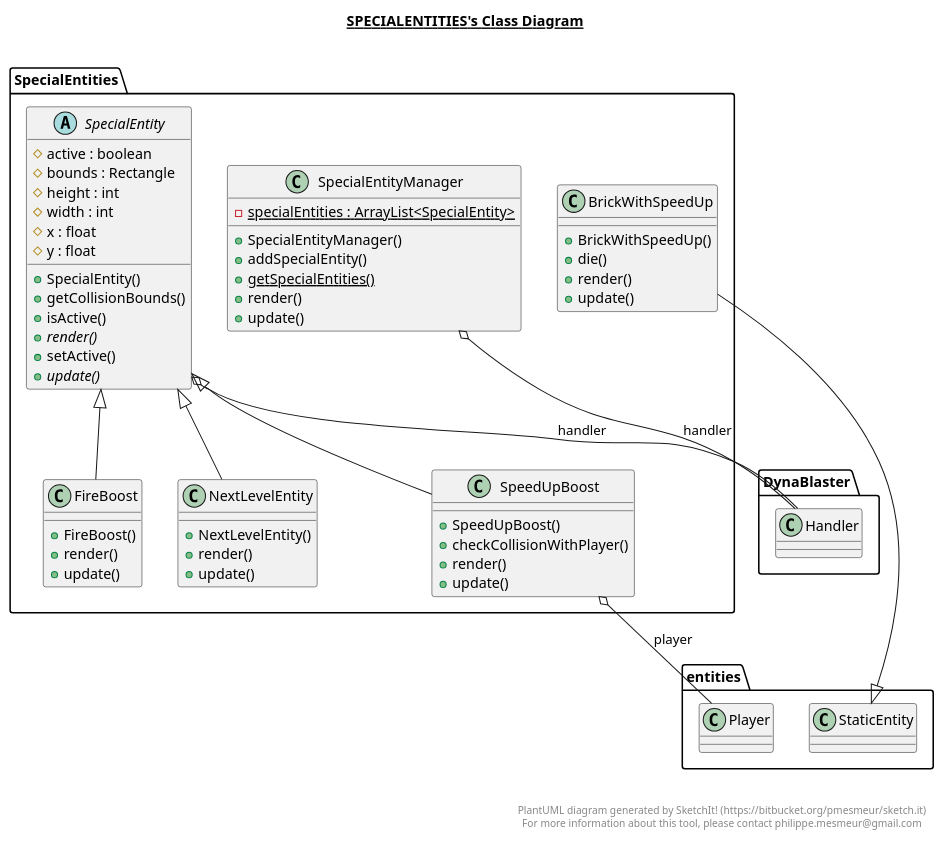
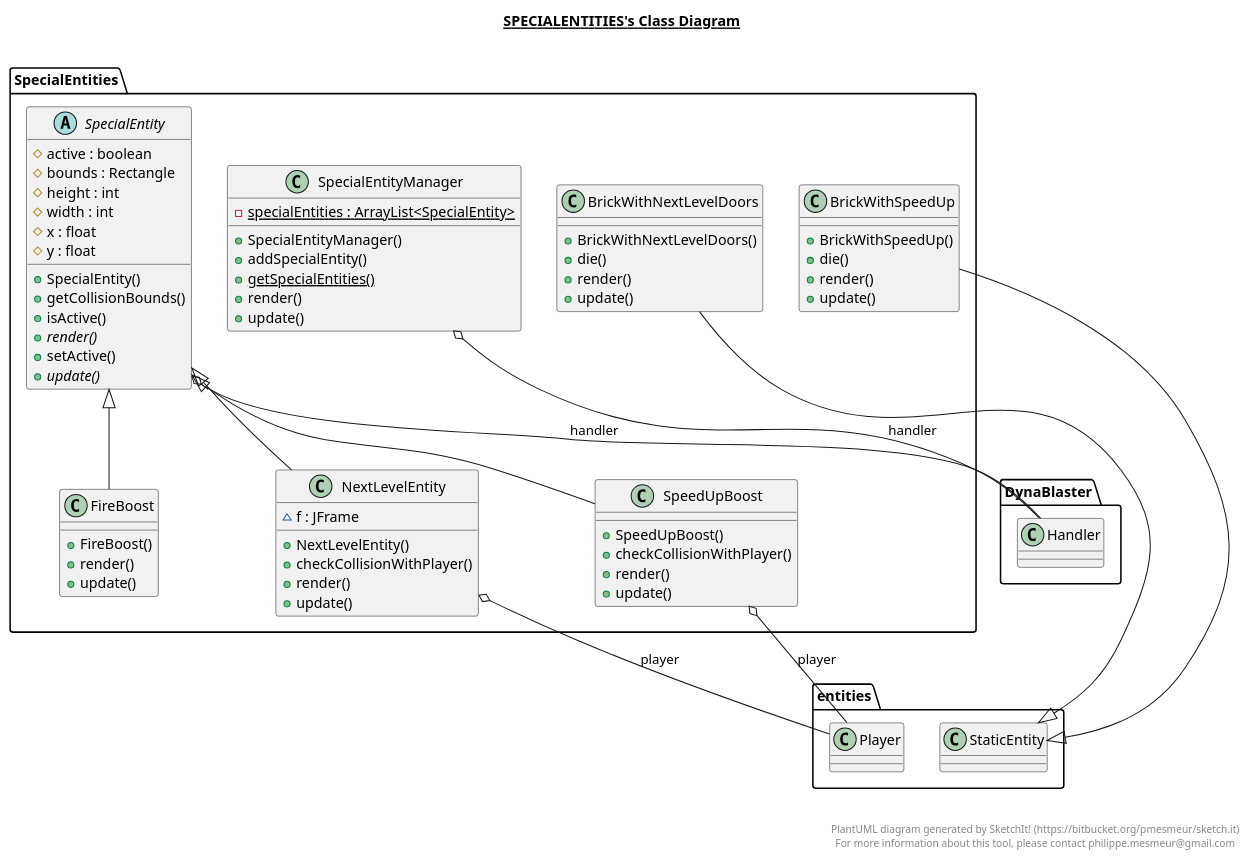
Before and after one commit to mxdzelq/Dyna_Blaster-Java: the diagram in src/SpecialEntities/SpecialEntities.plantuml, drawn with PlantUML. The commit also changed 53 other files, not shown here.

```diff
--- a/src/SpecialEntities/SpecialEntities.plantuml
+++ b/src/SpecialEntities/SpecialEntities.plantuml
@@ -1,89 +1,103 @@
 @startuml
 
 title __SPECIALENTITIES's Class Diagram__\n
+
+  namespace SpecialEntities {
+    class SpecialEntities.BrickWithNextLevelDoors {
+        + BrickWithNextLevelDoors()
+        + die()
+        + render()
+        + update()
+    }
+  }
+  
 
   namespace SpecialEntities {
     class SpecialEntities.BrickWithSpeedUp {
         + BrickWithSpeedUp()
         + die()
         + render()
         + update()
     }
   }
   
 
   namespace SpecialEntities {
     class SpecialEntities.FireBoost {
         + FireBoost()
         + render()
         + update()
     }
   }
   
 
   namespace SpecialEntities {
     class SpecialEntities.NextLevelEntity {
+        ~ f : JFrame
         + NextLevelEntity()
+        + checkCollisionWithPlayer()
         + render()
         + update()
     }
   }
   
 
   namespace SpecialEntities {
     abstract class SpecialEntities.SpecialEntity {
         # active : boolean
         # bounds : Rectangle
         # height : int
         # width : int
         # x : float
         # y : float
         + SpecialEntity()
         + getCollisionBounds()
         + isActive()
         {abstract} + render()
         + setActive()
         {abstract} + update()
     }
   }
   
 
   namespace SpecialEntities {
     class SpecialEntities.SpecialEntityManager {
         {static} - specialEntities : ArrayList<SpecialEntity>
         + SpecialEntityManager()
         + addSpecialEntity()
         {static} + getSpecialEntities()
         + render()
         + update()
     }
   }
   
 
   namespace SpecialEntities {
     class SpecialEntities.SpeedUpBoost {
         + SpeedUpBoost()
         + checkCollisionWithPlayer()
         + render()
         + update()
     }
   }
   
 
+  SpecialEntities.BrickWithNextLevelDoors -up-|> entities.StaticEntity
   SpecialEntities.BrickWithSpeedUp -up-|> entities.StaticEntity
   SpecialEntities.FireBoost -up-|> SpecialEntities.SpecialEntity
   SpecialEntities.NextLevelEntity -up-|> SpecialEntities.SpecialEntity
+  SpecialEntities.NextLevelEntity o-- entities.Player : player
   SpecialEntities.SpecialEntity o-- DynaBlaster.Handler : handler
   SpecialEntities.SpecialEntityManager o-- DynaBlaster.Handler : handler
   SpecialEntities.SpeedUpBoost -up-|> SpecialEntities.SpecialEntity
   SpecialEntities.SpeedUpBoost o-- entities.Player : player
 
 
 right footer
 
 
 PlantUML diagram generated by SketchIt! (https://bitbucket.org/pmesmeur/sketch.it)
 For more information about this tool, please contact philippe.mesmeur@gmail.com
 endfooter
 
 @enduml
```
